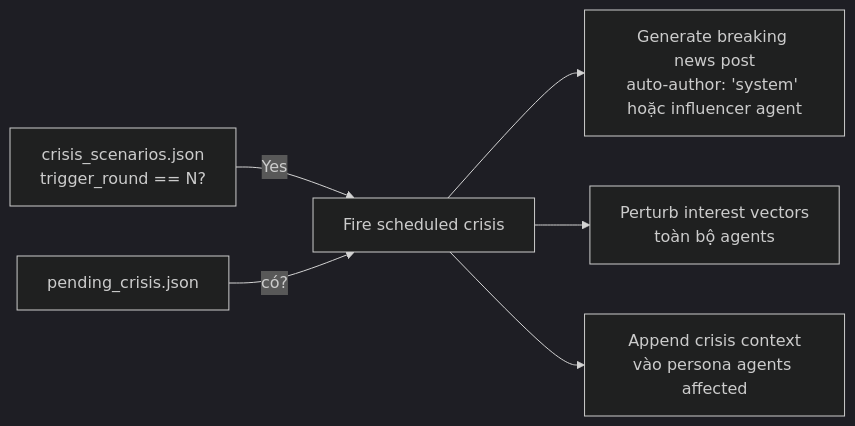
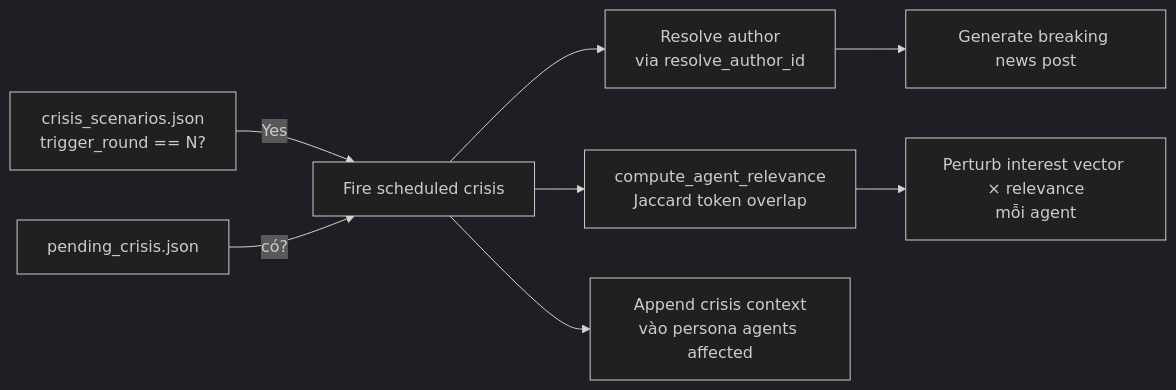
One commit to qchien643/EcoSim changed the third of 6 diagrams in docs/05_simulation_loop.md. Above: the diagram before and after it, drawn with Mermaid (dark theme). The commit also changed other lines of this file and 176 other files, not shown here.

````diff
--- a/docs/05_simulation_loop.md
+++ b/docs/05_simulation_loop.md
@@ -39,8 +41,10 @@
 ```mermaid
 flowchart LR
     Schd[crisis_scenarios.json<br/>trigger_round == N?] -->|Yes| Fire[Fire scheduled crisis]
     Runtime[pending_crisis.json] -->|có?| Fire
-    Fire --> Post[Generate breaking news post<br/>auto-author: 'system' hoặc influencer agent]
-    Fire --> Perturb[Perturb interest vectors<br/>toàn bộ agents]
+    Fire --> Author[Resolve author<br/>via resolve_author_id]
+    Author --> Post[Generate breaking news post]
+    Fire --> Score[compute_agent_relevance<br/>Jaccard token overlap]
+    Score --> Perturb[Perturb interest vector × relevance<br/>mỗi agent]
     Fire --> Append[Append crisis context<br/>vào persona agents affected]
 ```
````
